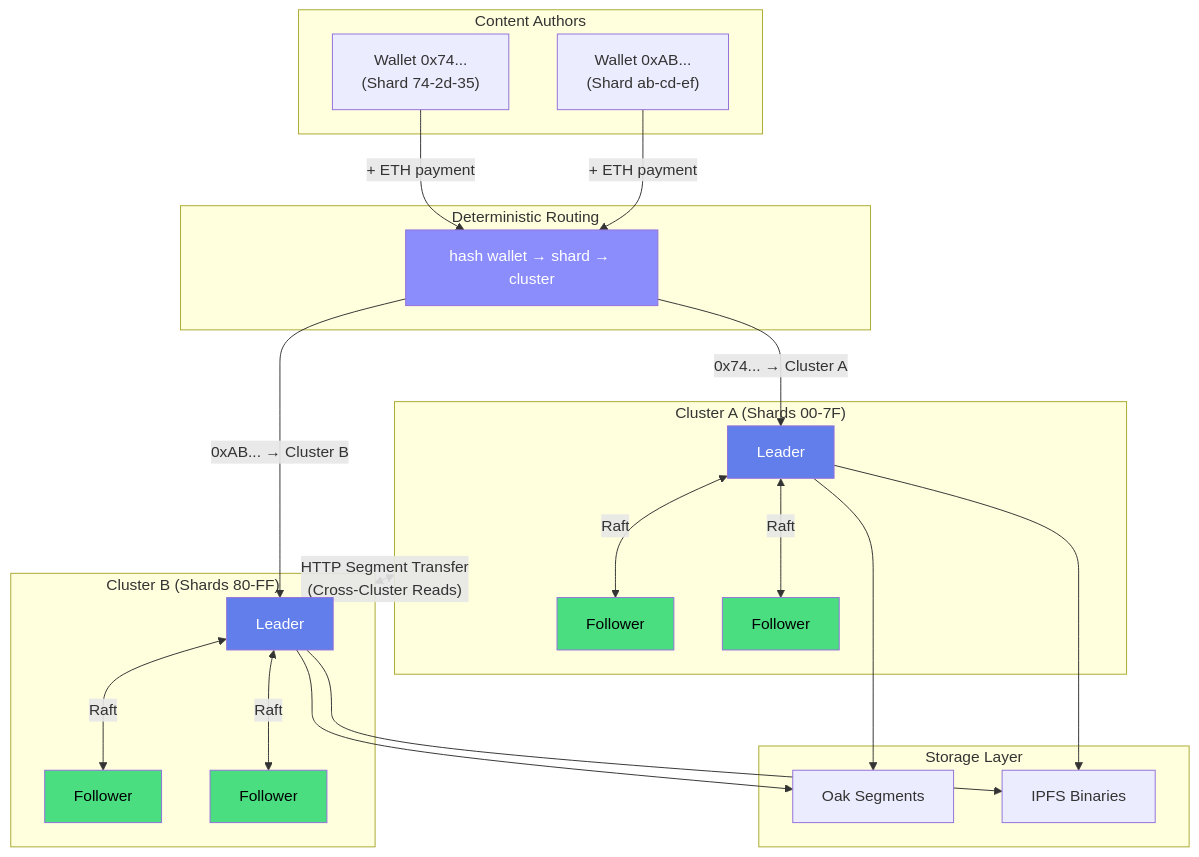
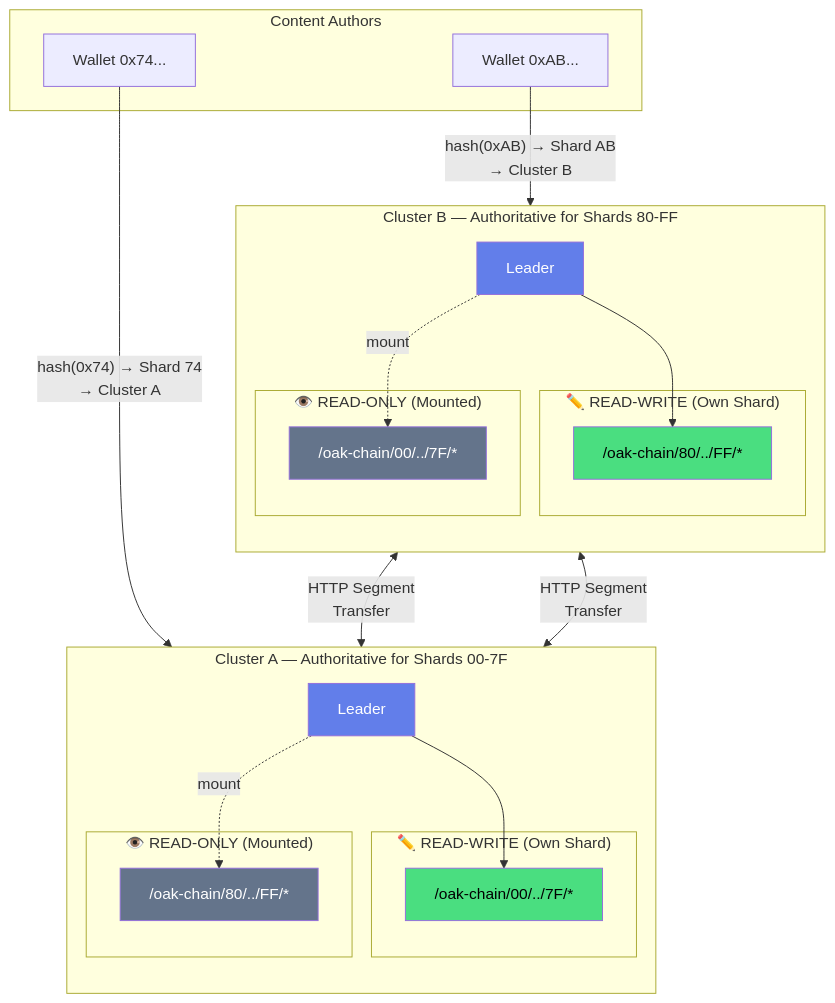
The diagram in index.md (somarc/oak-chain-docs), drawn with Mermaid before and after one commit. The commit also changed other lines of this file, not shown here.

Commit message:
fix: Visualize composite mount architecture properly
- Each cluster has READ-WRITE authority over its shard
- Each cluster READ-ONLY mounts all other clusters
- HTTP Segment Transfer syncs between clusters
- Table showing sovereignty model
- Global reads, local writes, complete sovereignty

````diff
--- a/index.md
+++ b/index.md
@@ -51,52 +51,44 @@
 ```mermaid
 graph TB
     subgraph Authors["Content Authors"]
-        A1["Wallet 0x74...<br/>(Shard 74-2d-35)"]
-        A2["Wallet 0xAB...<br/>(Shard ab-cd-ef)"]
+        A1["Wallet 0x74..."]
+        A2["Wallet 0xAB..."]
     end
     
-    subgraph Router["Deterministic Routing"]
-        R[hash wallet → shard → cluster]
+    subgraph ClusterA["Cluster A — Authoritative for Shards 00-7F"]
+        direction TB
+        subgraph WriteA["✏️ READ-WRITE (Own Shard)"]
+            SA["/oak-chain/00/../7F/*"]
+        end
+        subgraph ReadA["👁️ READ-ONLY (Mounted)"]
+            MA["/oak-chain/80/../FF/*"]
+        end
+        LA[Leader] --> SA
+        LA -.->|mount| MA
     end
     
-    subgraph C1["Cluster A (Shards 00-7F)"]
-        L1[Leader]
-        F1a[Follower]
-        F1b[Follower]
-        L1 <-->|Raft| F1a
-        L1 <-->|Raft| F1b
+    subgraph ClusterB["Cluster B — Authoritative for Shards 80-FF"]
+        direction TB
+        subgraph WriteB["✏️ READ-WRITE (Own Shard)"]
+            SB["/oak-chain/80/../FF/*"]
+        end
+        subgraph ReadB["👁️ READ-ONLY (Mounted)"]
+            MB["/oak-chain/00/../7F/*"]
+        end
+        LB[Leader] --> SB
+        LB -.->|mount| MB
     end
     
-    subgraph C2["Cluster B (Shards 80-FF)"]
-        L2[Leader]
-        F2a[Follower]
-        F2b[Follower]
-        L2 <-->|Raft| F2a
-        L2 <-->|Raft| F2b
-    end
+    A1 -->|"hash(0x74) → Shard 74<br/>→ Cluster A"| LA
+    A2 -->|"hash(0xAB) → Shard AB<br/>→ Cluster B"| LB
     
-    subgraph Storage["Storage Layer"]
-        OAK[Oak Segments]
-        IPFS[IPFS Binaries]
-    end
+    SA <-->|"HTTP Segment<br/>Transfer"| MB
+    SB <-->|"HTTP Segment<br/>Transfer"| MA
     
-    A1 -->|"+ ETH payment"| R
-    A2 -->|"+ ETH payment"| R
-    R -->|"0x74... → Cluster A"| L1
-    R -->|"0xAB... → Cluster B"| L2
-    
-    C1 <-->|"HTTP Segment Transfer<br/>(Cross-Cluster Reads)"| C2
-    
-    L1 --> OAK
-    L2 --> OAK
-    L1 --> IPFS
-    L2 --> IPFS
-    
-    style L1 fill:#627EEA,color:#fff
-    style L2 fill:#627EEA,color:#fff
-    style F1a fill:#4ade80,color:#000
-    style F1b fill:#4ade80,color:#000
-    style F2a fill:#4ade80,color:#000
-    style F2b fill:#4ade80,color:#000
-    style R fill:#8C8DFC,color:#fff
+    style LA fill:#627EEA,color:#fff
+    style LB fill:#627EEA,color:#fff
+    style SA fill:#4ade80,color:#000
+    style SB fill:#4ade80,color:#000
+    style MA fill:#64748b,color:#fff
+    style MB fill:#64748b,color:#fff
 ```
````
